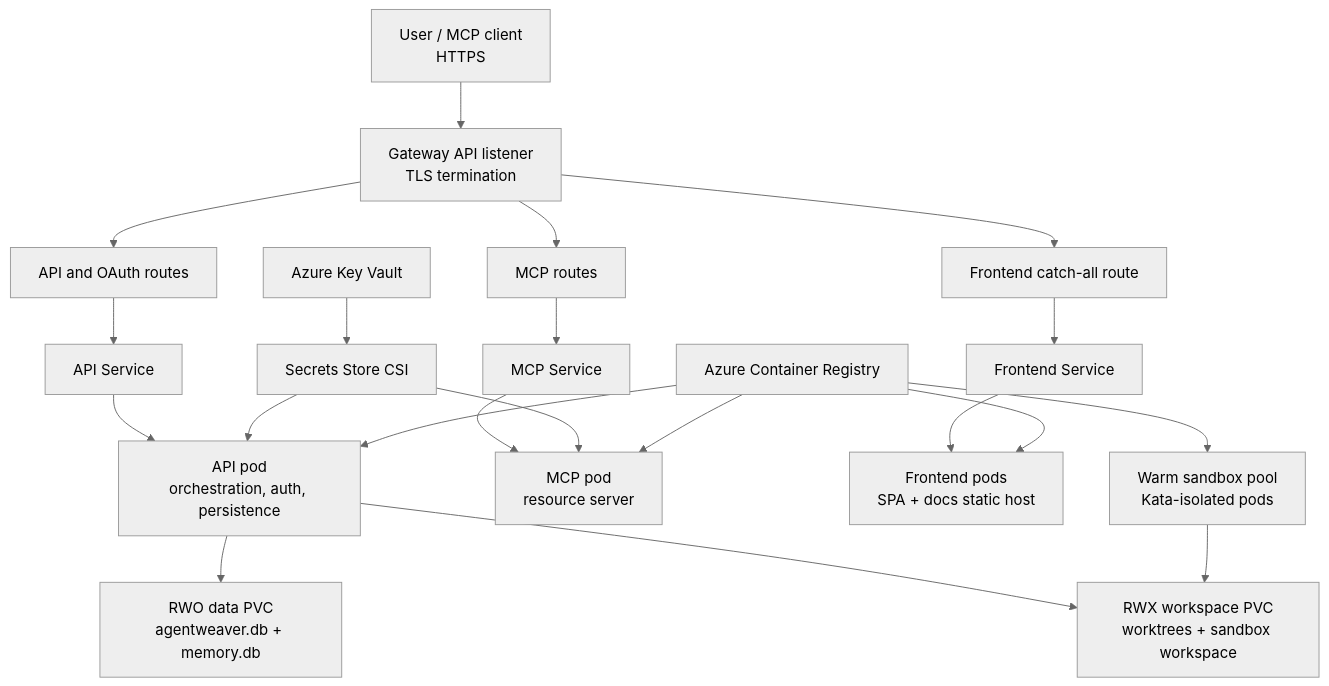
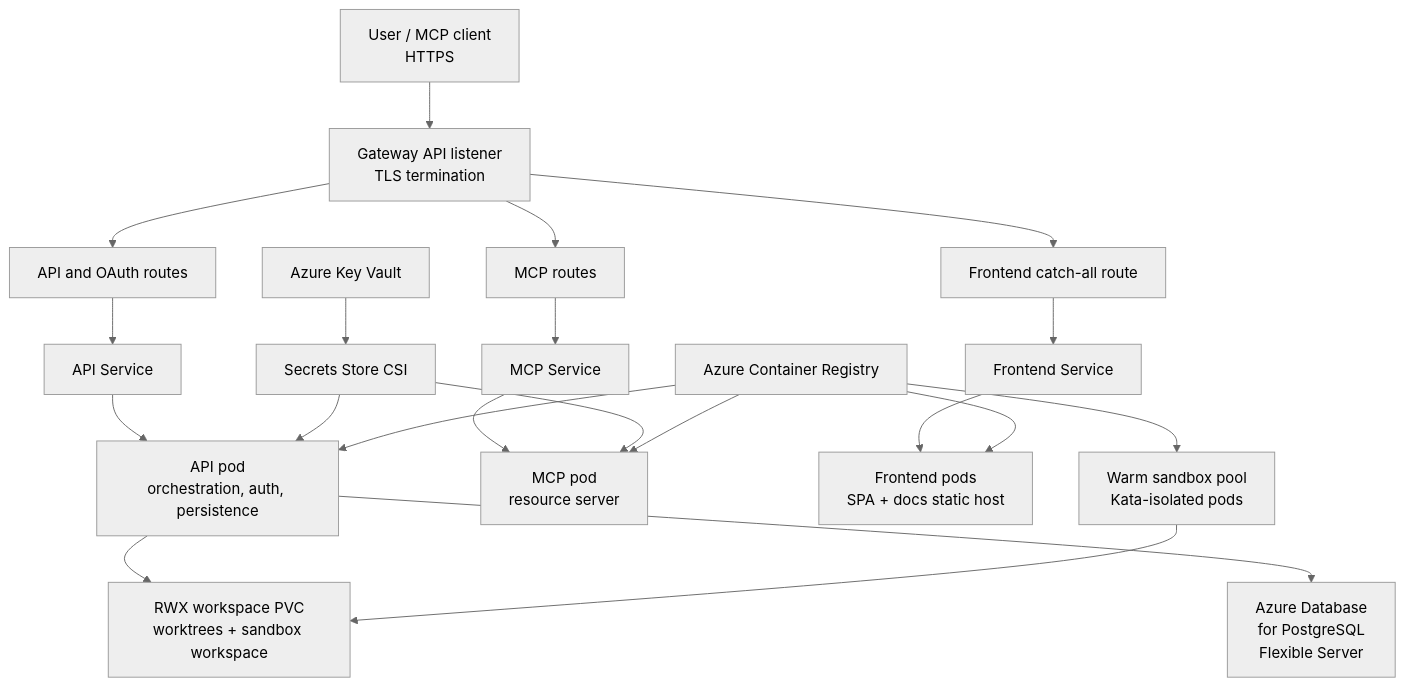
The first of 4 diagrams in docs/deep-dive/infra-deployment.md (sabbour/agentweaver), drawn with Mermaid (neutral theme) before and after one commit. The commit also changed other lines of this file and 1 other file, not shown here.

````diff
--- a/docs/deep-dive/infra-deployment.md
+++ b/docs/deep-dive/infra-deployment.md
@@ -21,29 +21,29 @@
 ```mermaid
 flowchart TD
   Client["User / MCP client<br/>HTTPS"] --> Gateway["Gateway API listener<br/>TLS termination"]
 
   Gateway --> ApiRoute["API and OAuth routes"]
   Gateway --> McpRoute["MCP routes"]
   Gateway --> FrontendRoute["Frontend catch-all route"]
 
   ApiRoute --> ApiSvc["API Service"]
   McpRoute --> McpSvc["MCP Service"]
   FrontendRoute --> FrontendSvc["Frontend Service"]
 
   ApiSvc --> ApiPod["API pod<br/>orchestration, auth, persistence"]
   McpSvc --> McpPod["MCP pod<br/>resource server"]
   FrontendSvc --> WebPods["Frontend pods<br/>SPA + docs static host"]
 
-  ApiPod --> DataPVC["RWO data PVC<br/>agentweaver.db + memory.db"]
   ApiPod --> WorkspacePVC["RWX workspace PVC<br/>worktrees + sandbox workspace"]
+  ApiPod --> Postgres["Azure Database<br/>for PostgreSQL<br/>Flexible Server"]
   SandboxPool["Warm sandbox pool<br/>Kata-isolated pods"] --> WorkspacePVC
 
   KeyVault["Azure Key Vault"] --> CSI["Secrets Store CSI"]
   CSI --> ApiPod
   CSI --> McpPod
 
   ACR["Azure Container Registry"] --> ApiPod
   ACR --> McpPod
   ACR --> WebPods
   ACR --> SandboxPool
 ```
````
